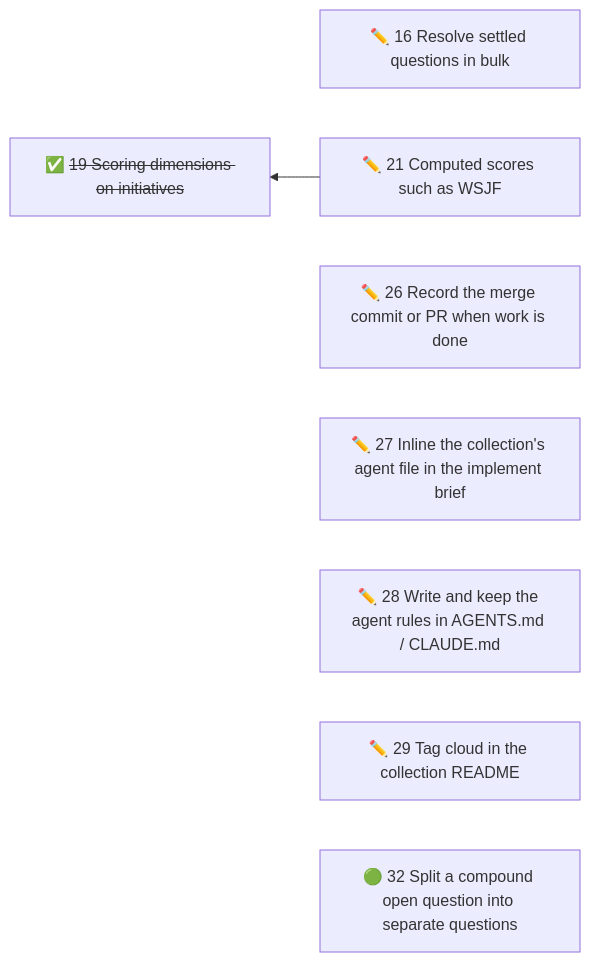
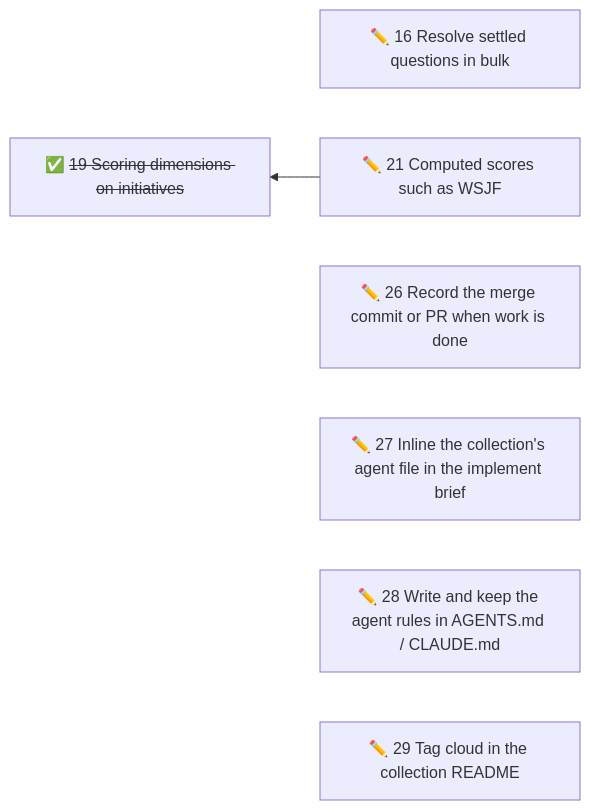
One commit to duckAsteroid/brindley changed the diagram in initiatives/README.md. Above: the diagram before and after it, drawn with Mermaid. The commit also changed other lines of this file and 9 other files, not shown here.

First line of the commit message:
feat: split_question, and a warning for questions that pose several decisions

````diff
--- a/initiatives/README.md
+++ b/initiatives/README.md
@@ -36,20 +35,18 @@
 ```mermaid
 flowchart RL
   n16["✏️ 16 Resolve settled questions in bulk"]
   n21["✏️ 21 Computed scores such as WSJF"]
   n26["✏️ 26 Record the merge commit or PR when work is done"]
   n27["✏️ 27 Inline the collection's agent file in the implement brief"]
   n28["✏️ 28 Write and keep the agent rules in AGENTS.md / CLAUDE.md"]
   n29["✏️ 29 Tag cloud in the collection README"]
-  n32["🟢 32 Split a compound open question into separate questions"]
   n19["✅ <s>19 Scoring dimensions on initiatives</s>"]
   n21 --> n19
   click n16 href "16-resolve-settled-questions-in-bulk.md"
   click n21 href "21-computed-scores-such-as-wsjf.md"
   click n26 href "26-record-the-merge-commit-or-pr-when-work-is-done.md"
   click n27 href "27-inline-the-collection-s-agent-file-in-the-implement-brief.md"
   click n28 href "28-write-and-keep-the-agent-rules-in-agents-md-claude-md.md"
   click n29 href "29-tag-cloud-in-the-collection-readme.md"
-  click n32 href "32-split-a-compound-open-question-into-separate-questions.md"
   click n19 href "done/19-rank-initiatives-by-scoring-dimensions.md"
 ```
````
